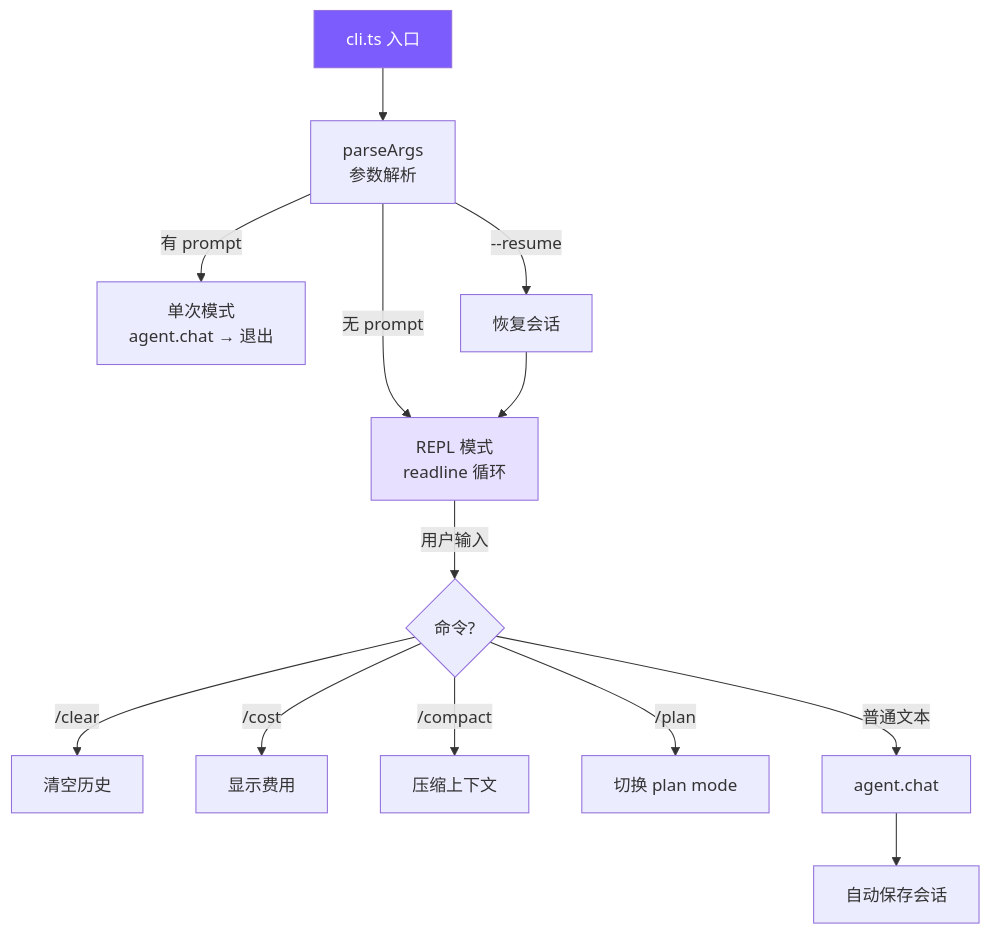
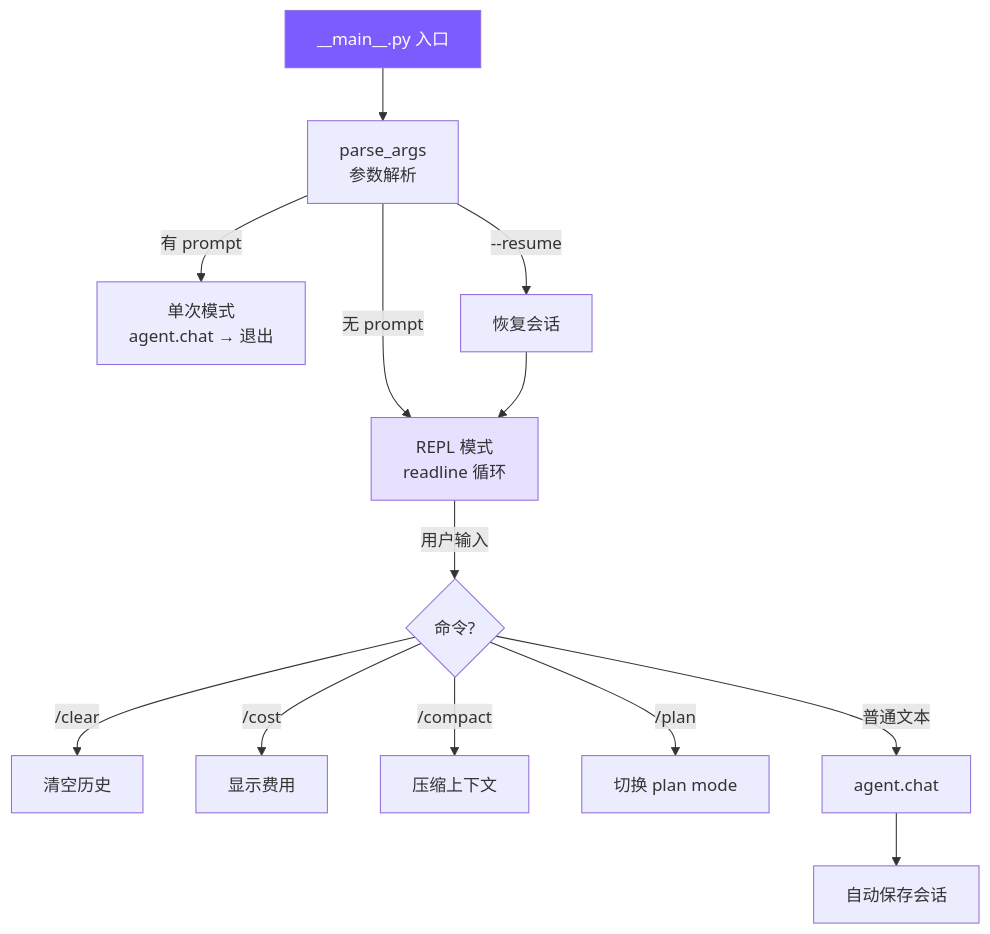
Before and after one commit to Kellin233/nano_code: the diagram in docs/04-cli-session.md, drawn with Mermaid. The commit also changed other lines of this file and 114 other files, not shown here.

````diff
--- a/docs/04-cli-session.md
+++ b/docs/04-cli-session.md
@@ -7,18 +7,18 @@
 ```mermaid
 graph TB
-    Entry[cli.ts 入口] --> Parse[parseArgs<br/>参数解析]
+    Entry[__main__.py 入口] --> Parse[parse_args<br/>参数解析]
     Parse --> |有 prompt| OneShot[单次模式<br/>agent.chat → 退出]
     Parse --> |无 prompt| REPL[REPL 模式<br/>readline 循环]
     Parse --> |--resume| Restore[恢复会话]
     Restore --> REPL
     REPL --> |用户输入| Cmd{命令?}
     Cmd -->|/clear| Clear[清空历史]
     Cmd -->|/cost| Cost[显示费用]
     Cmd -->|/compact| Compact[压缩上下文]
     Cmd -->|/plan| Plan[切换 plan mode]
     Cmd -->|普通文本| Chat[agent.chat]
     Chat --> Save[自动保存会话]
 
     style Entry fill:#7c5cfc,color:#fff
     style REPL fill:#e8e0ff
 ```
````
